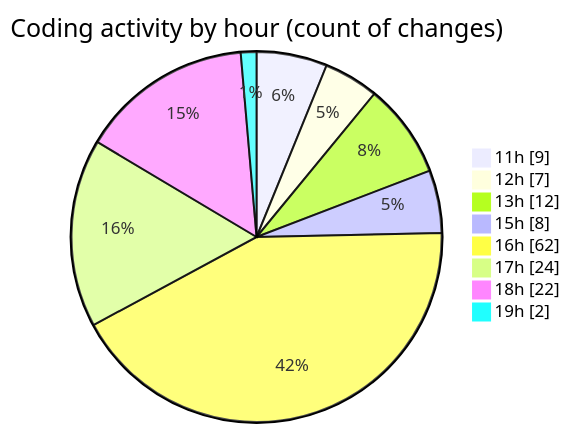
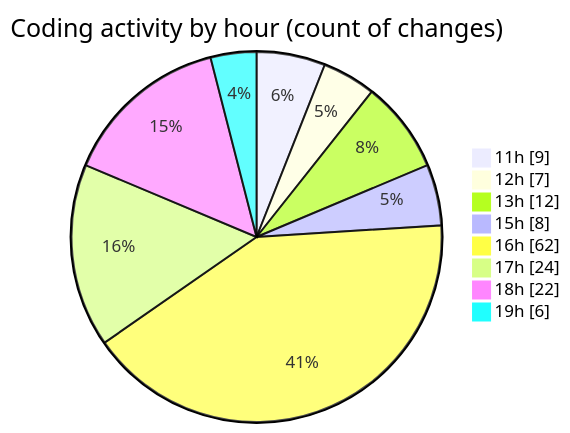
The second of 2 diagrams in 2025-08-07/ribbon/README.md (EIIisD/code-tracking), drawn with Mermaid before and after one commit. The commit also changed other lines of this file and 1 other file, not shown here.

````diff
--- a/2025-08-07/ribbon/README.md
+++ b/2025-08-07/ribbon/README.md
@@ -49,12 +49,12 @@
 ```mermaid
 pie showData
 title Coding activity by hour (count of changes)
 "11h" : 9
 "12h" : 7
 "13h" : 12
 "15h" : 8
 "16h" : 62
 "17h" : 24
 "18h" : 22
-"19h" : 2
+"19h" : 6
 ```
````
